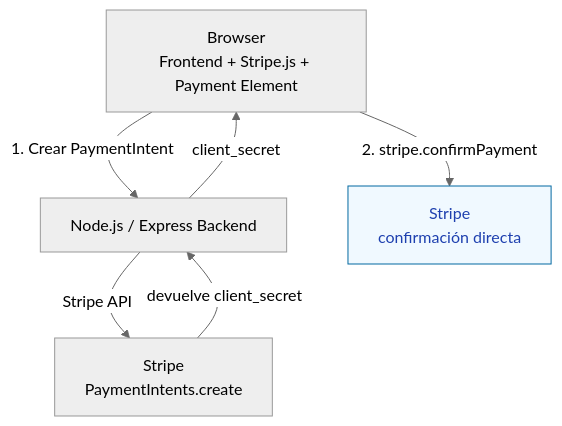
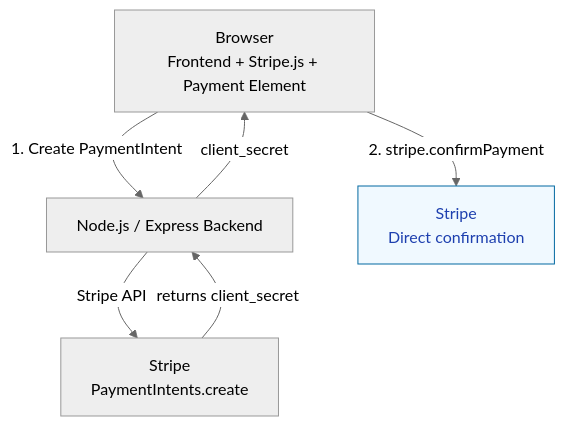
Before and after one commit to albmar85-uoc/psa-tech-test: the diagram in README.md, drawn with Mermaid (neutral theme). The commit also changed other lines of this file, not shown here.

Commit message:
Update README with English translations for Stripe section

````diff
--- a/README.md
+++ b/README.md
@@ -47,15 +47,15 @@
 ```mermaid
 flowchart TD
     A[Browser<br>Frontend + Stripe.js + Payment Element]
     B[Node.js / Express Backend]
     C[Stripe<br>PaymentIntents.create]
-    D[Stripe<br>confirmación directa]
+    D[Stripe<br>Direct confirmation]
 
-    A -->|1. Crear PaymentIntent| B
+    A -->|1. Create PaymentIntent| B
     B -->|Stripe API| C
-    C -->|devuelve client_secret| B
+    C -->|returns client_secret| B
     B -->|client_secret| A
     A -->|2. stripe.confirmPayment| D
 
     style D fill:#f0f9ff,stroke:#0369a1,color:#1e40af
 ```
````
